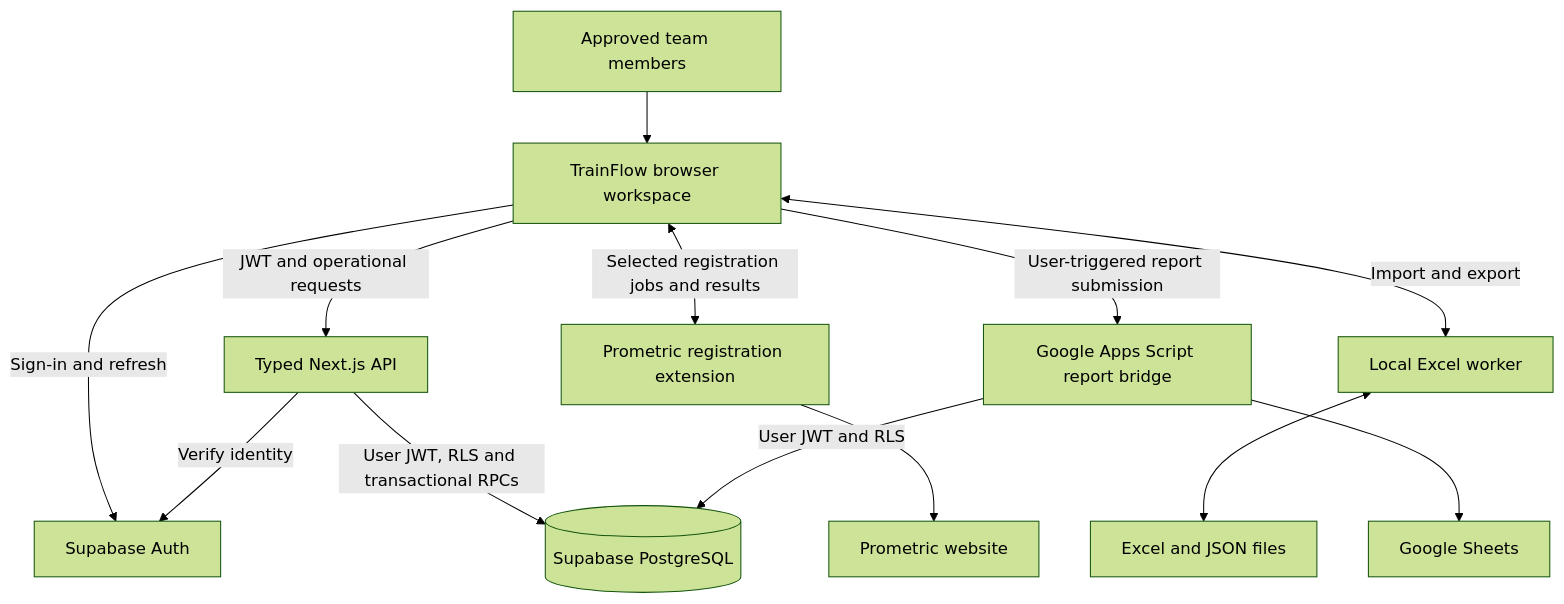
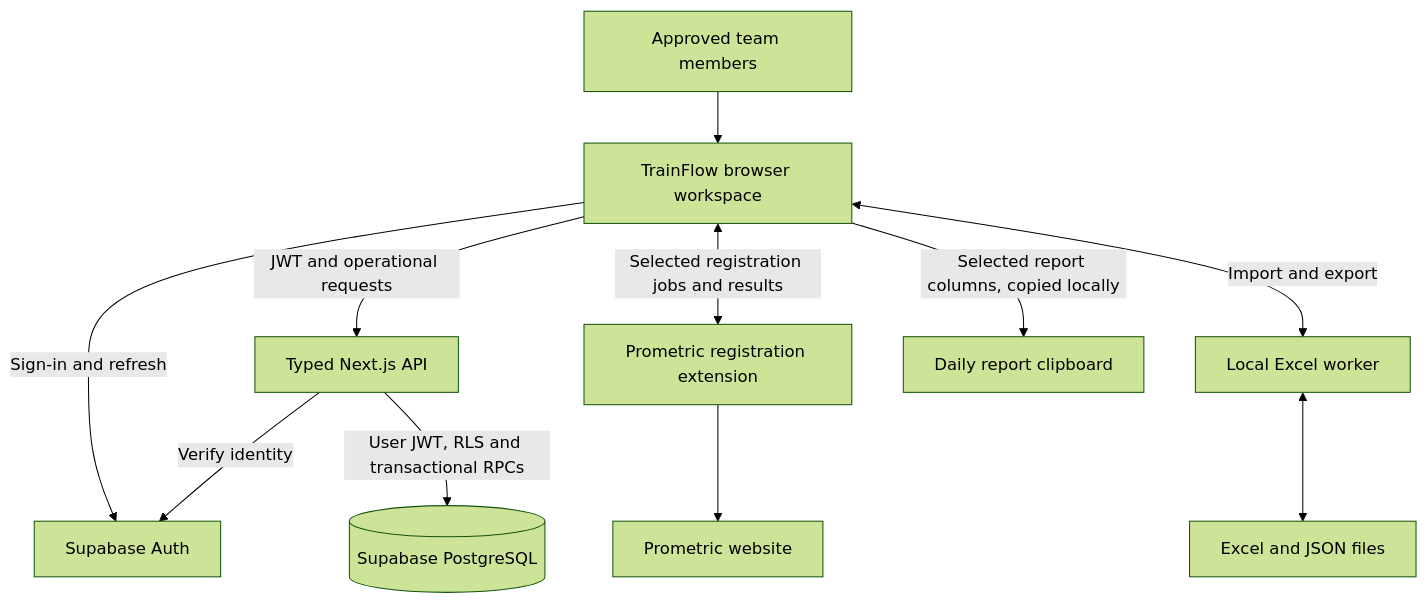
The first of 3 diagrams in ARCHITECTURE.md (salahmostava-sys/Trainflow), drawn with Mermaid (forest theme) before and after one commit. The commit also changed other lines of this file and 26 other files, not shown here.

````diff
--- a/ARCHITECTURE.md
+++ b/ARCHITECTURE.md
@@ -9,27 +9,24 @@
 ```mermaid
 flowchart TB
     Team[Approved team members]
     UI[TrainFlow browser workspace]
     Auth[Supabase Auth]
     API[Typed Next.js API]
     DB[(Supabase PostgreSQL)]
     PRO[Prometric registration extension]
     Prometric[Prometric website]
     XLSX[Local Excel worker]
     Files[Excel and JSON files]
-    Reports[Google Apps Script report bridge]
-    Sheets[Google Sheets]
+    Clipboard[Daily report clipboard]
 
     Team --> UI
     UI -->|Sign-in and refresh| Auth
     UI -->|JWT and operational requests| API
     API -->|Verify identity| Auth
     API -->|User JWT, RLS and transactional RPCs| DB
     UI <-->|Selected registration jobs and results| PRO
     PRO --> Prometric
     UI <-->|Import and export| XLSX
     XLSX <--> Files
-    UI -->|User-triggered report submission| Reports
-    Reports -->|User JWT and RLS| DB
-    Reports --> Sheets
+    UI -->|Selected report columns, copied locally| Clipboard
 ```
````
